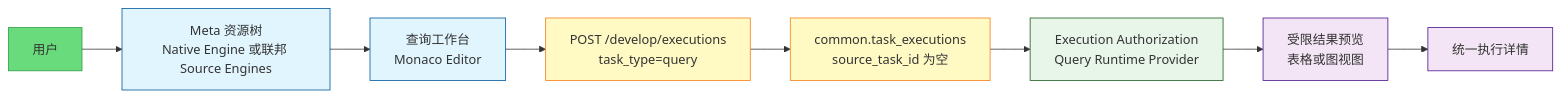
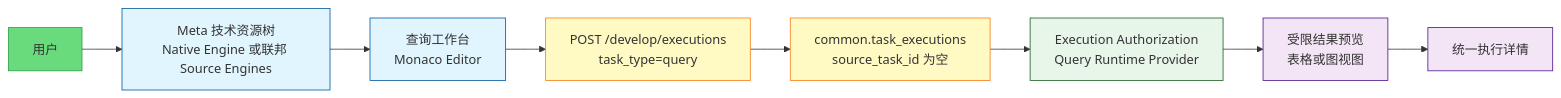
The second of 5 diagrams in docs/concepts/addp数据开发体系图.md (pampa0629/addp), drawn with Mermaid before and after one commit. The commit also changed other lines of this file and 1206 other files, not shown here.

````diff
--- a/docs/concepts/addp数据开发体系图.md
+++ b/docs/concepts/addp数据开发体系图.md
@@ -71,22 +71,22 @@
 ```mermaid
 graph LR
-    User[用户] --> Catalog[Meta 资源树<br/>Native Engine 或联邦 Source Engines]
+    User[用户] --> Catalog[Meta 技术资源树<br/>Native Engine 或联邦 Source Engines]
     Catalog --> Editor[查询工作台<br/>Monaco Editor]
     Editor --> CreateExecution[POST /develop/executions<br/>task_type=query]
     CreateExecution --> Unified[common.task_executions<br/>source_task_id 为空]
     Unified --> Runtime[Execution Authorization<br/>Query Runtime Provider]
     Runtime --> Result[受限结果预览<br/>表格或图视图]
     Result --> Monitor[统一执行详情]
 
     classDef user fill:#69db7c,stroke:#2f9e44
     classDef editor fill:#e1f5ff,stroke:#01579b
     classDef query fill:#fff9c4,stroke:#f57f17
     classDef engine fill:#e8f5e9,stroke:#1b5e20
     classDef result fill:#f3e5f5,stroke:#4a148c
 
     class User user
     class Catalog,Editor editor
     class CreateExecution,Unified query
     class Runtime engine
     class Result,Monitor result
 ```
````
